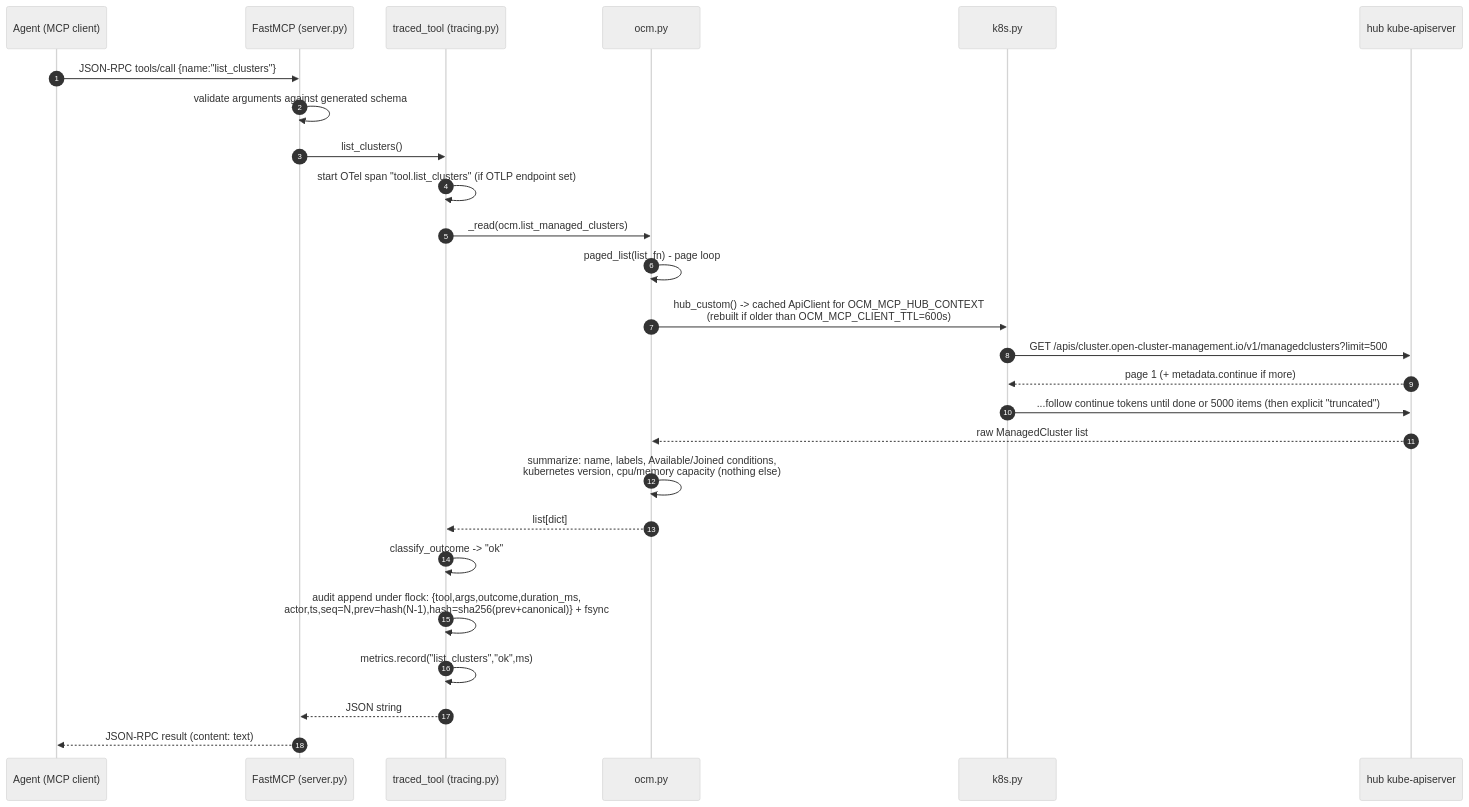
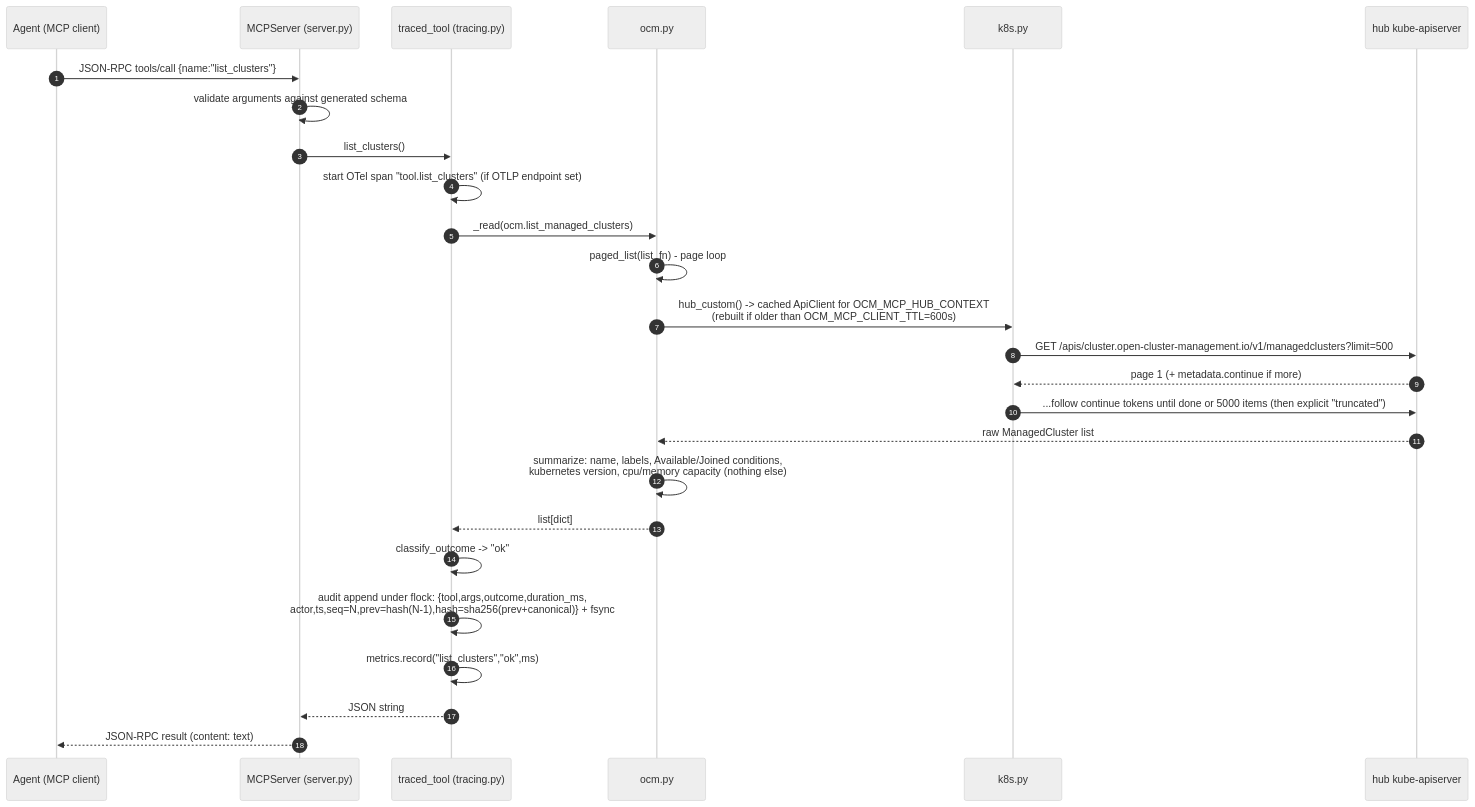
One commit to ocm-mcp-server/ocm-mcp-server changed the second of 7 diagrams in docs/architecture.md. Above: the diagram before and after it, drawn with Mermaid (neutral theme). The commit also changed other lines of this file and 6 other files, not shown here.

````diff
--- a/docs/architecture.md
+++ b/docs/architecture.md
@@ -113,29 +113,29 @@
 ```mermaid
 sequenceDiagram
     autonumber
     participant AG as Agent (MCP client)
-    participant FM as FastMCP (server.py)
+    participant FM as MCPServer (server.py)
     participant TR as traced_tool (tracing.py)
     participant OC as ocm.py
     participant K8 as k8s.py
     participant API as hub kube-apiserver
 
     AG->>FM: JSON-RPC tools/call {name:"list_clusters"}
     FM->>FM: validate arguments against generated schema
     FM->>TR: list_clusters()
     TR->>TR: start OTel span "tool.list_clusters" (if OTLP endpoint set)
     TR->>OC: _read(ocm.list_managed_clusters)
     OC->>OC: paged_list(list_fn) - page loop
     OC->>K8: hub_custom() -> cached ApiClient for OCM_MCP_HUB_CONTEXT<br/>(rebuilt if older than OCM_MCP_CLIENT_TTL=600s)
     K8->>API: GET /apis/cluster.open-cluster-management.io/v1/managedclusters?limit=500
     API-->>K8: page 1 (+ metadata.continue if more)
     K8->>API: ...follow continue tokens until done or 5000 items (then explicit "truncated")
     API-->>OC: raw ManagedCluster list
     OC->>OC: summarize: name, labels, Available/Joined conditions,<br/>kubernetes version, cpu/memory capacity (nothing else)
     OC-->>TR: list[dict]
     TR->>TR: classify_outcome -> "ok"
     TR->>TR: audit append under flock: {tool,args,outcome,duration_ms,<br/>actor,ts,seq=N,prev=hash(N-1),hash=sha256(prev+canonical)} + fsync
     TR->>TR: metrics.record("list_clusters","ok",ms)
     TR-->>FM: JSON string
     FM-->>AG: JSON-RPC result (content: text)
 ```
````
